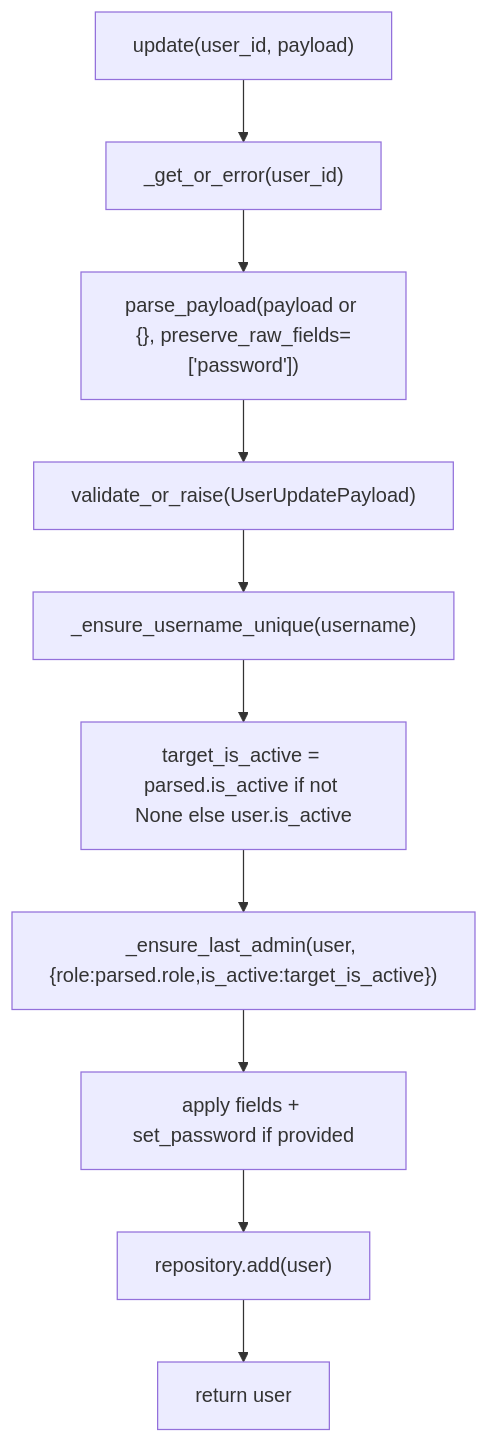
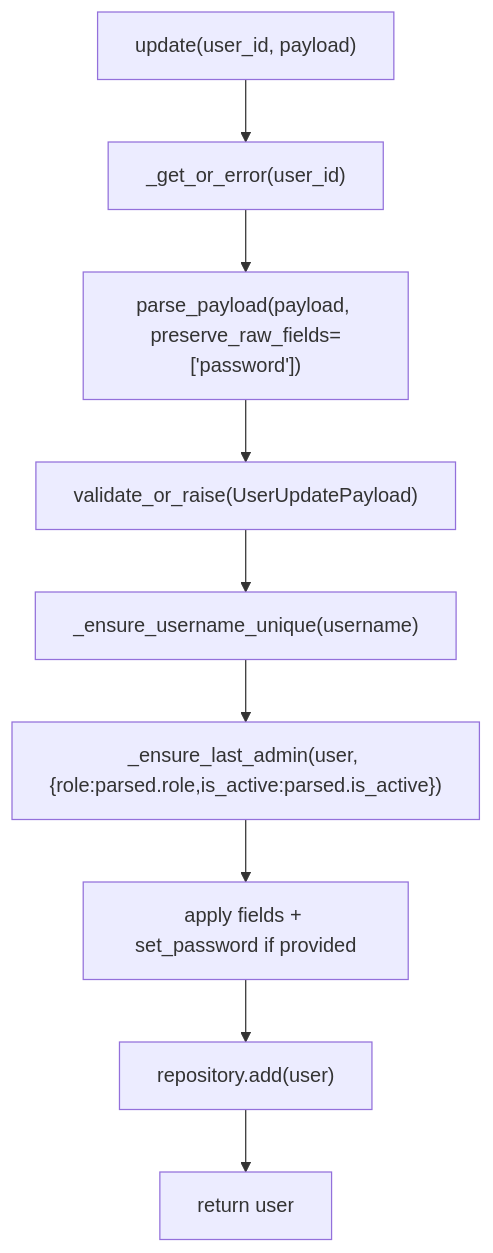
Before and after one commit to nyealovey/WhaleFall: the first of 2 diagrams in docs/Obsidian/Server/user-write-service.md, drawn with Mermaid. The commit also changed other lines of this file and 24 other files, not shown here.

````diff
--- a/docs/Obsidian/Server/user-write-service.md
+++ b/docs/Obsidian/Server/user-write-service.md
@@ -61,12 +61,11 @@
 ```mermaid
 flowchart TB
     A["update(user_id, payload)"] --> B["_get_or_error(user_id)"]
-    B --> C["parse_payload(payload or {}, preserve_raw_fields=['password'])"]
+    B --> C["parse_payload(payload, preserve_raw_fields=['password'])"]
     C --> D["validate_or_raise(UserUpdatePayload)"]
     D --> E["_ensure_username_unique(username)"]
-    E --> F["target_is_active = parsed.is_active if not None else user.is_active"]
-    F --> G["_ensure_last_admin(user, {role:parsed.role,is_active:target_is_active})"]
-    G --> H["apply fields + set_password if provided"]
-    H --> I["repository.add(user)"]
-    I --> J["return user"]
+    E --> F["_ensure_last_admin(user, {role:parsed.role,is_active:parsed.is_active})"]
+    F --> G["apply fields + set_password if provided"]
+    G --> H["repository.add(user)"]
+    H --> I["return user"]
 ```
````
